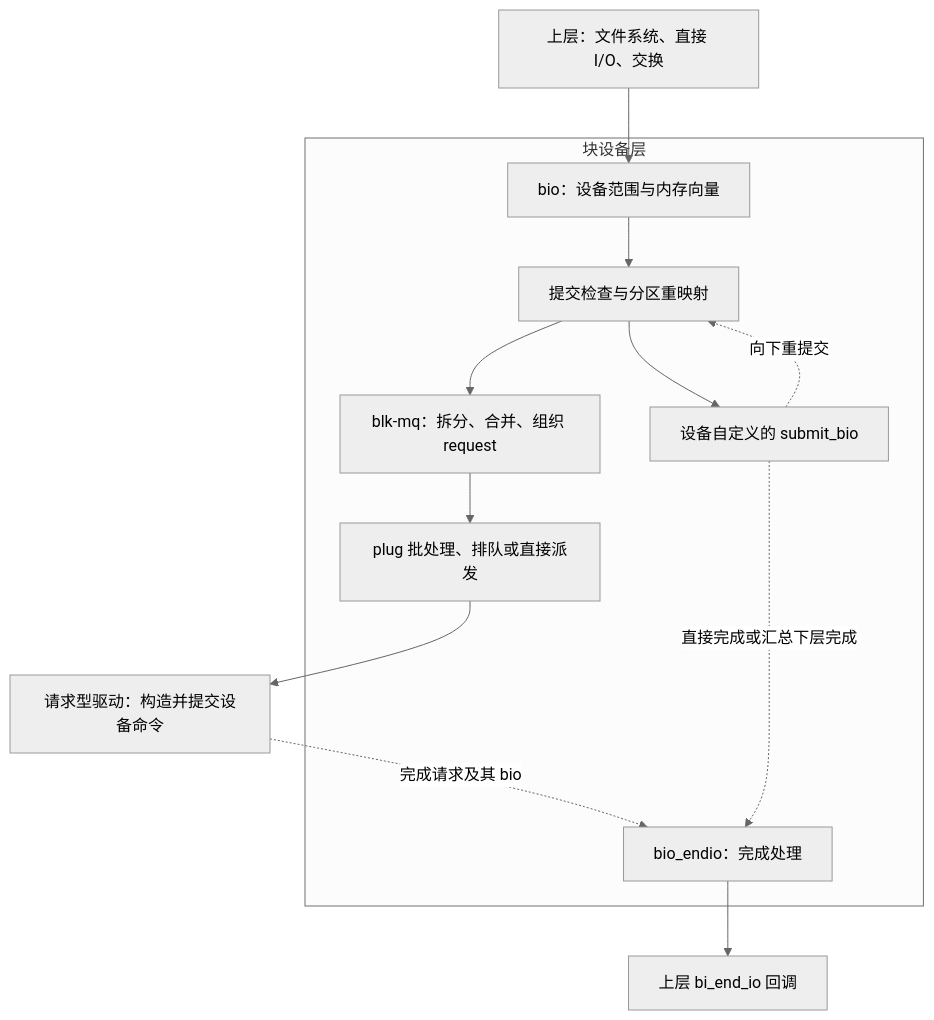
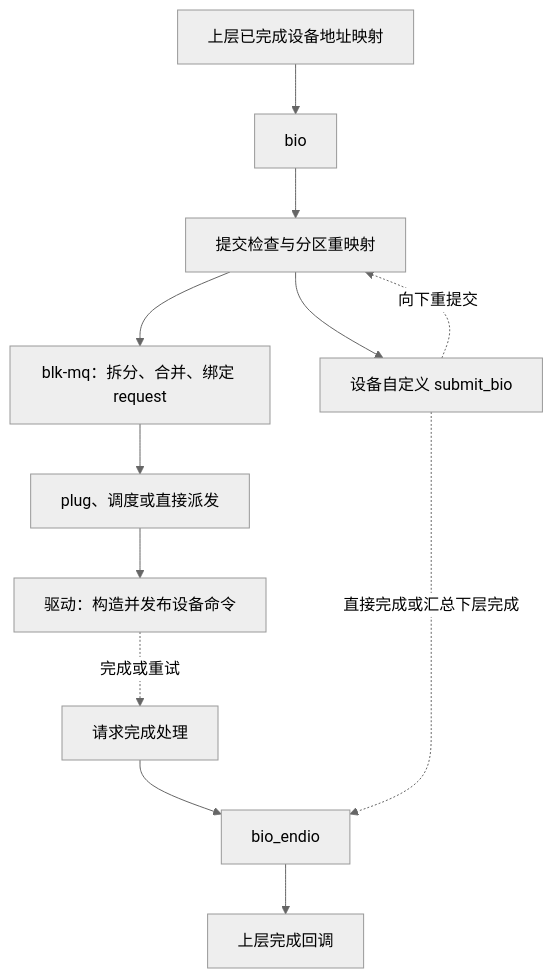
Before and after one commit to linuxperf/linux-study: the diagram in book/10-block/01-overview.md, drawn with Mermaid (neutral theme). The commit also changed other lines of this file and 17 other files, not shown here.

````diff
--- a/book/10-block/01-overview.md
+++ b/book/10-block/01-overview.md
@@ -49,16 +43,14 @@
 ```mermaid
 flowchart TD
-    U[上层：文件系统、直接 I/O、交换] --> B[bio：设备范围与内存向量]
-    subgraph BLOCK[块设备层]
-        B --> S[提交检查与分区重映射]
-        S --> M[blk-mq：拆分、合并、组织 request]
-        S --> V[设备自定义的 submit_bio]
-        V -. 向下重提交 .-> S
-        M --> P[plug 批处理、排队或直接派发]
-        E[bio_endio：完成处理]
-    end
-    P --> D[请求型驱动：构造并提交设备命令]
-    D -. 完成请求及其 bio .-> E
+    U[上层已完成设备地址映射] --> B[bio]
+    B --> S[提交检查与分区重映射]
+    S --> M[blk-mq：拆分、合并、绑定 request]
+    S --> V[设备自定义 submit_bio]
+    V -. 向下重提交 .-> S
+    M --> P[plug、调度或直接派发]
+    P --> D[驱动：构造并发布设备命令]
+    D -. 完成或重试 .-> C[请求完成处理]
+    C --> E[bio_endio]
     V -. 直接完成或汇总下层完成 .-> E
-    E --> C[上层 bi_end_io 回调]
+    E --> A[上层完成回调]
 ```
````
